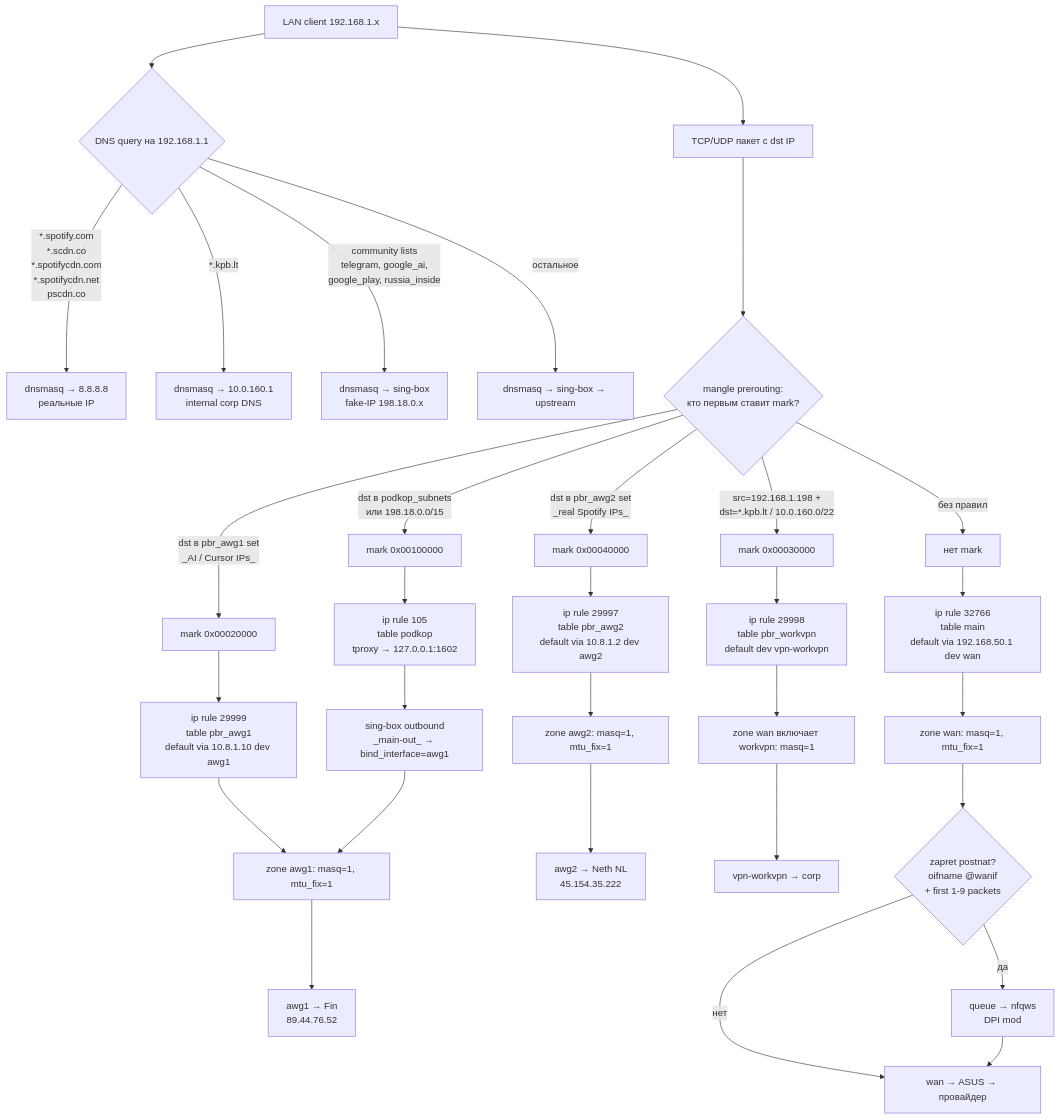
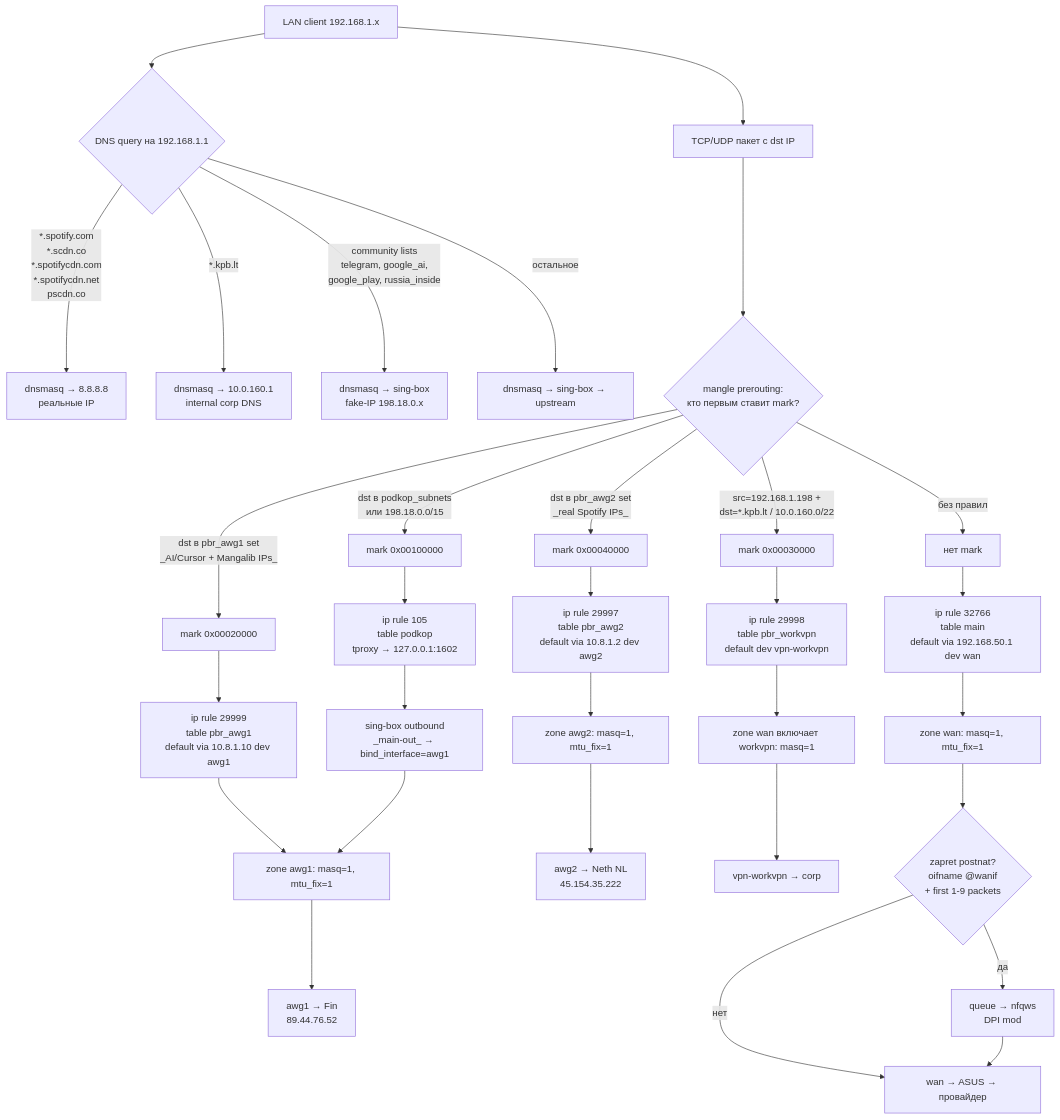
Before and after one commit to PUndef/home-server: the diagram in router-openwrt-x3000t.md, drawn with Mermaid. The commit also changed other lines of this file and 5 other files, not shown here.

````diff
--- a/router-openwrt-x3000t.md
+++ b/router-openwrt-x3000t.md
@@ -62,41 +66,41 @@
 ```mermaid
 graph TD
   L[LAN client 192.168.1.x]
 
   L --> DNS{DNS query на 192.168.1.1}
   DNS -->|*.spotify.com\n*.scdn.co\n*.spotifycdn.com\n*.spotifycdn.net\npscdn.co| DNS_DIR[dnsmasq → 8.8.8.8\nреальные IP]
   DNS -->|*.kpb.lt| DNS_WORK[dnsmasq → 10.0.160.1\ninternal corp DNS]
   DNS -->|community lists\ntelegram, google_ai,\ngoogle_play, russia_inside| DNS_PD[dnsmasq → sing-box\nfake-IP 198.18.0.x]
   DNS -->|остальное| DNS_FW[dnsmasq → sing-box → upstream]
 
   L --> PKT[TCP/UDP пакет с dst IP]
 
   PKT --> MARK{mangle prerouting:\nкто первым ставит mark?}
 
   MARK -->|dst в pbr_awg2 set\n_real Spotify IPs_| MK_AWG2[mark 0x00040000]
-  MARK -->|dst в pbr_awg1 set\n_AI / Cursor IPs_| MK_AWG1[mark 0x00020000]
+  MARK -->|dst в pbr_awg1 set\n_AI/Cursor + Mangalib IPs_| MK_AWG1[mark 0x00020000]
   MARK -->|src=192.168.1.198 +\ndst=*.kpb.lt / 10.0.160.0/22| MK_WORK[mark 0x00030000]
   MARK -->|dst в podkop_subnets\nили 198.18.0.0/15| MK_PD[mark 0x00100000]
   MARK -->|без правил| MK_NONE[нет mark]
 
   MK_AWG2 --> R_AWG2[ip rule 29997\ntable pbr_awg2\ndefault via 10.8.1.2 dev awg2]
   MK_AWG1 --> R_AWG1[ip rule 29999\ntable pbr_awg1\ndefault via 10.8.1.10 dev awg1]
   MK_WORK --> R_WORK[ip rule 29998\ntable pbr_workvpn\ndefault dev vpn-workvpn]
   MK_PD --> R_PD[ip rule 105\ntable podkop\ntproxy → 127.0.0.1:1602]
   MK_NONE --> R_MAIN[ip rule 32766\ntable main\ndefault via 192.168.50.1 dev wan]
 
   R_AWG2 --> NAT_AWG2[zone awg2: masq=1, mtu_fix=1]
   R_AWG1 --> NAT_AWG1[zone awg1: masq=1, mtu_fix=1]
   R_WORK --> NAT_WORK[zone wan включает workvpn: masq=1]
   R_PD --> SB[sing-box outbound\n_main-out_ → bind_interface=awg1]
   SB --> NAT_AWG1
   R_MAIN --> NAT_WAN[zone wan: masq=1, mtu_fix=1]
 
   NAT_AWG2 --> OUT_AWG2[awg2 → Neth NL\n45.154.35.222]
   NAT_AWG1 --> OUT_AWG1[awg1 → Fin\n89.44.76.52]
   NAT_WORK --> OUT_WORK[vpn-workvpn → corp]
   NAT_WAN --> ZAP{zapret postnat?\noifname @wanif\n+ first 1-9 packets}
   ZAP -->|да| ZQ[queue → nfqws\nDPI mod]
   ZAP -->|нет| OUT_WAN[wan → ASUS → провайдер]
   ZQ --> OUT_WAN
 ```
````
